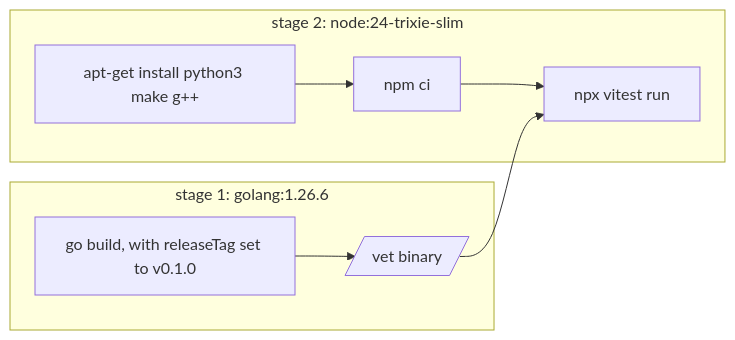
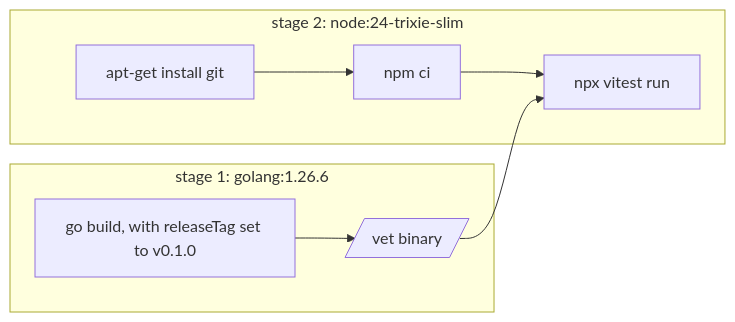
Before and after one commit to hpcsc/vet: the third of 3 diagrams in docs/e2e-tests.md, drawn with Mermaid. The commit also changed other lines of this file and 8 other files, not shown here.

````diff
--- a/docs/e2e-tests.md
+++ b/docs/e2e-tests.md
@@ -91,11 +90,11 @@
 ```mermaid
 flowchart LR
     subgraph builder["stage 1: golang:1.26.6"]
         G["go build, with releaseTag set to v0.1.0"] --> BIN[/"vet binary"/]
     end
     subgraph runner["stage 2: node:24-trixie-slim"]
-        APT["apt-get install python3 make g++"] --> NPM["npm ci"]
+        APT["apt-get install git"] --> NPM["npm ci"]
         NPM --> RUN["npx vitest run"]
     end
     BIN --> RUN
 ```
````
